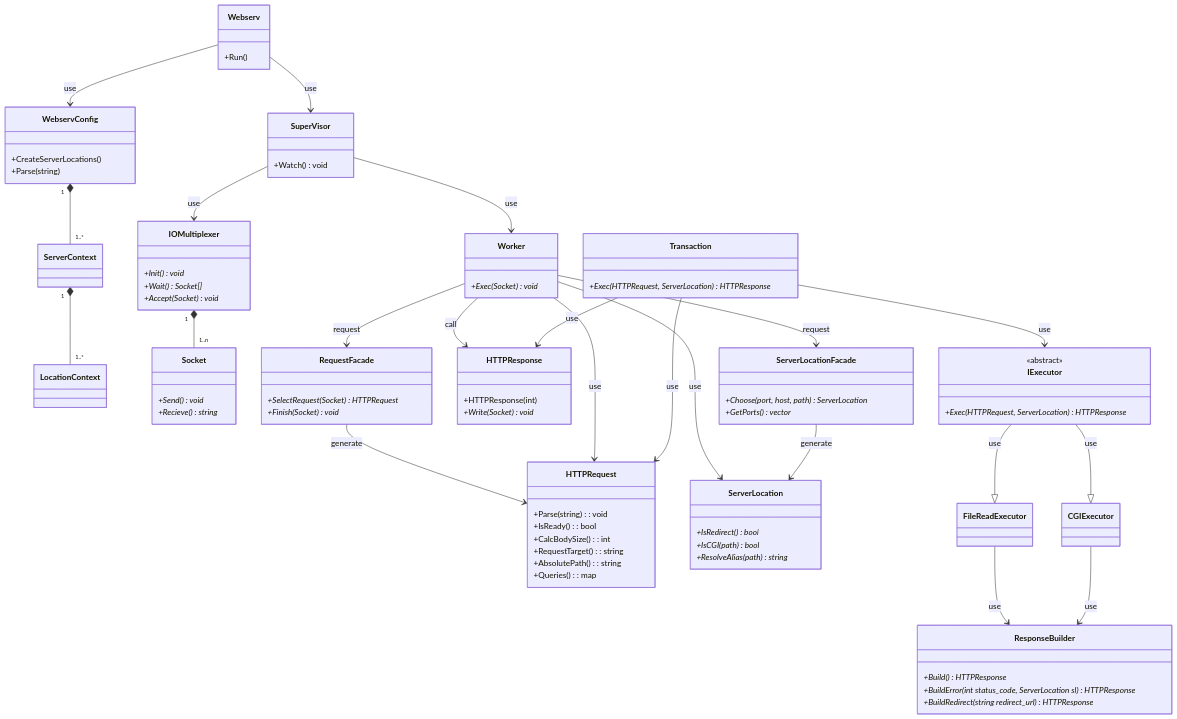
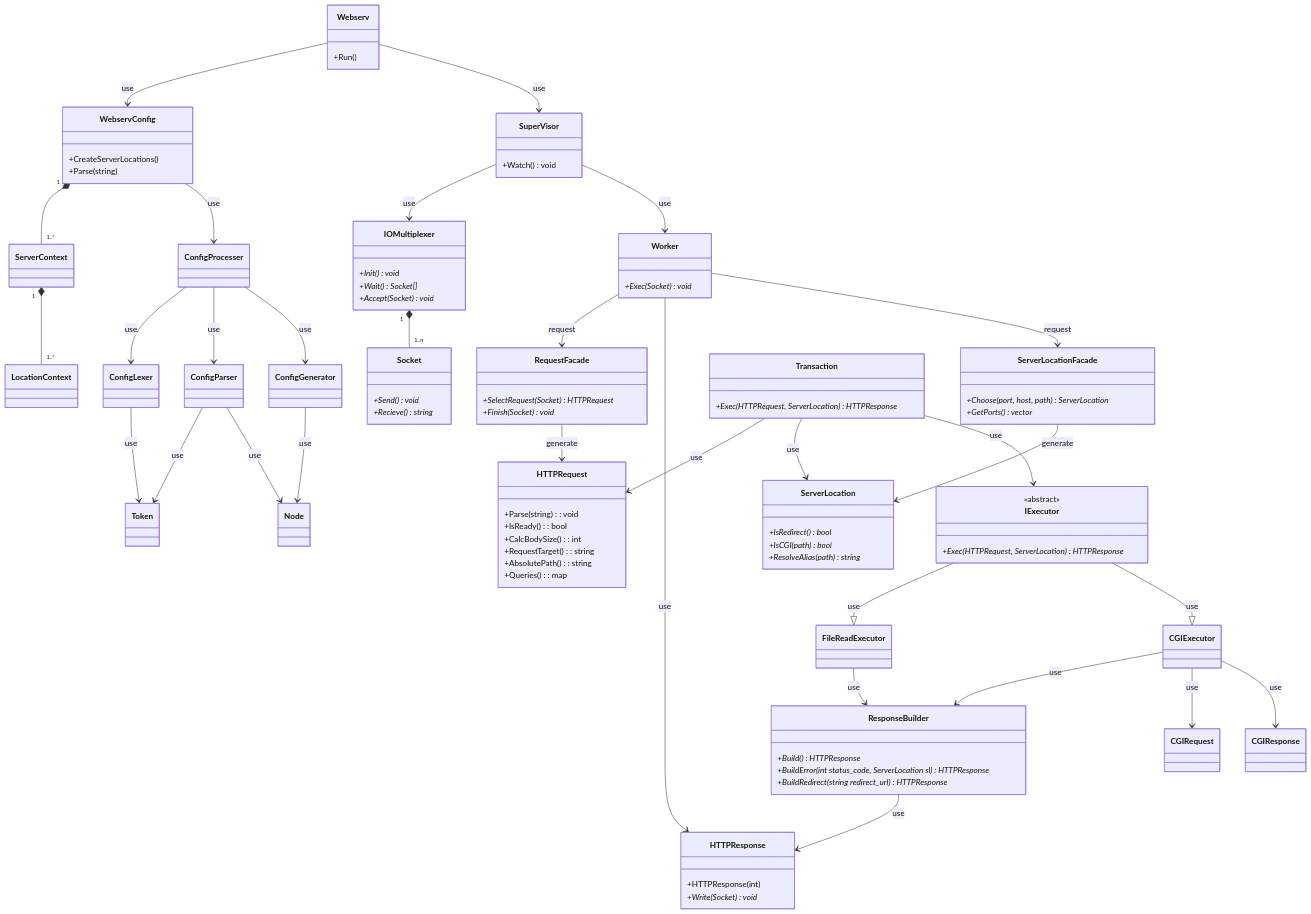
One commit to katataku/webserv changed the diagram in docs/class/all.md. Above: the diagram before and after it, drawn with Mermaid.

Commit message:
WIP: あとpublicメソッドだけ

````diff
--- a/docs/class/all.md
+++ b/docs/class/all.md
@@ -3,32 +3,62 @@
 ```mermaid
 classDiagram
     Webserv --> WebservConfig: use
+    Webserv --> SuperVisor: use
+
     WebservConfig "1" *-- "1..*" ServerContext
+    WebservConfig --> ConfigProcesser: use
+
     ServerContext "1" *-- "1..*" LocationContext
 
-    Webserv --> SuperVisor: use
+    ConfigProcesser --> ConfigLexer: use
+    ConfigProcesser --> ConfigParser: use
+    ConfigProcesser --> ConfigGenerator: use
+    ConfigLexer --> Token: use
+    ConfigParser --> Token: use
+    ConfigParser --> Node: use
+    ConfigGenerator --> Node: use
 
-    IOMultiplexer "1" *-- "1..n" Socket
+
     SuperVisor --> IOMultiplexer: use
     SuperVisor --> Worker: use
 
+    IOMultiplexer "1" *-- "1..n" Socket
+
     Worker --> RequestFacade: request
+    Worker --> HTTPResponse: use
+    Worker --> ServerLocationFacade: request
+
     RequestFacade --> HTTPRequest: generate
-    Worker --> HTTPRequest: use
-    Worker --> HTTPResponse: call
-    Worker --> ServerLocationFacade: request
-    Worker --> ServerLocation: use
+
     ServerLocationFacade --> ServerLocation: generate
 
     Transaction --> HTTPRequest: use
-    Transaction --> HTTPResponse: use
+    Transaction --> ServerLocation: use
     Transaction --> IExecutor: use
+  
     IExecutor --|> FileReadExecutor: use
     IExecutor --|> CGIExecutor: use
+  
     FileReadExecutor --> ResponseBuilder: use
+  
     CGIExecutor --> ResponseBuilder: use
+    CGIExecutor --> CGIRequest: use
+    CGIExecutor --> CGIResponse: use
 
-    %% ResponseBuilder --> HTTPResponse: use %%
+    ResponseBuilder --> HTTPResponse: use
+
+    class ConfigProcesser {
+    }
+    class ConfigLexer {
+    }
+    class ConfigParser {
+    }
+    class ConfigGenerator {
+    }
+    class Token {
+    }
+    class Node {
+    }
 
     class WebservConfig {
         +CreateServerLocations()
@@ -107,10 +137,12 @@
   }
 
   class FileReadExecutor {
-    
   }
   class CGIExecutor {
-
+  }
+  class CGIResponse {
+  }
+  class CGIRequest {
   }
   class ResponseBuilder {
     +Build()* HTTPResponse
````
